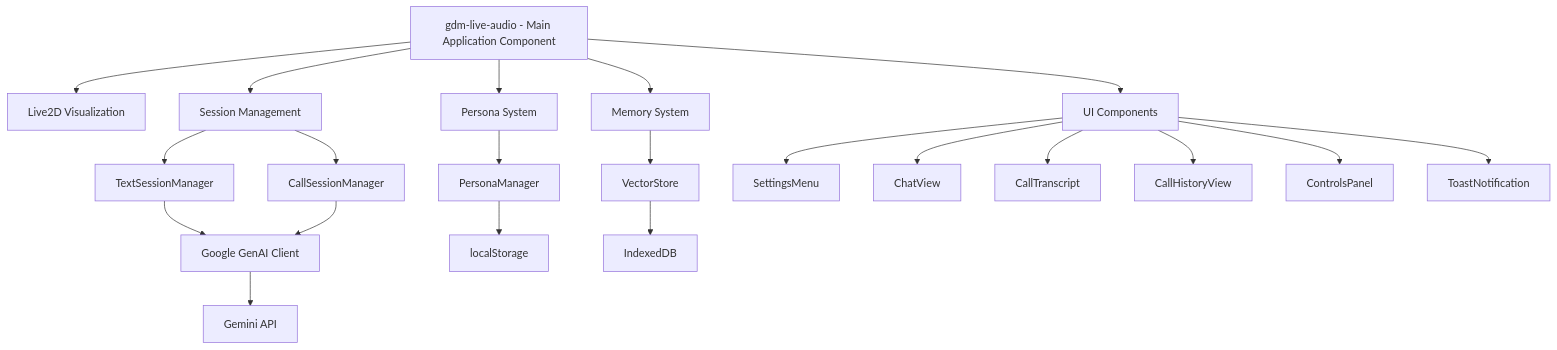
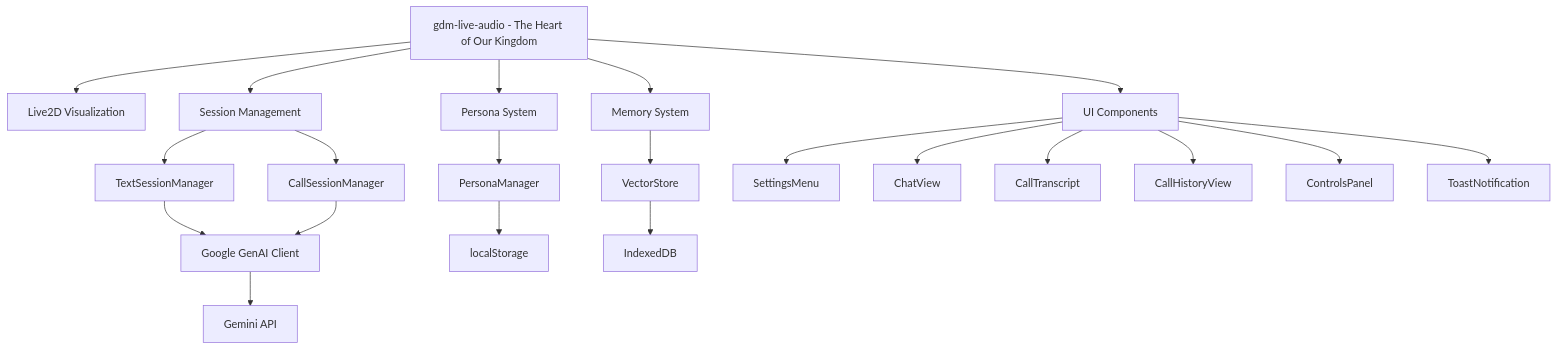
One commit to gemini-chan/gemini-chan.github.io changed the diagram in docs/README.md. Above: the diagram before and after it, drawn with Mermaid. The commit also changed other lines of this file, not shown here.

````diff
--- a/docs/README.md
+++ b/docs/README.md
@@ -97,28 +105,28 @@
 ```mermaid
 graph TD
-    A[gdm-live-audio - Main Application Component] --> B[Live2D Visualization]
+    A[gdm-live-audio - The Heart of Our Kingdom] --> B[Live2D Visualization]
     A --> C[Session Management]
     A --> D[Persona System]
     A --> E[Memory System]
     A --> F[UI Components]
     
     C --> C1[TextSessionManager]
     C --> C2[CallSessionManager]
     C1 --> G[Google GenAI Client]
     C2 --> G
     
     D --> D1[PersonaManager]
     D1 --> H[localStorage]
     
     E --> E1[VectorStore]
     E1 --> I[IndexedDB]
     
     F --> F1[SettingsMenu]
     F --> F2[ChatView]
     F --> F3[CallTranscript]
     F --> F4[CallHistoryView]
     F --> F5[ControlsPanel]
     F --> F6[ToastNotification]
     
     G --> J[Gemini API]
 ```
````
